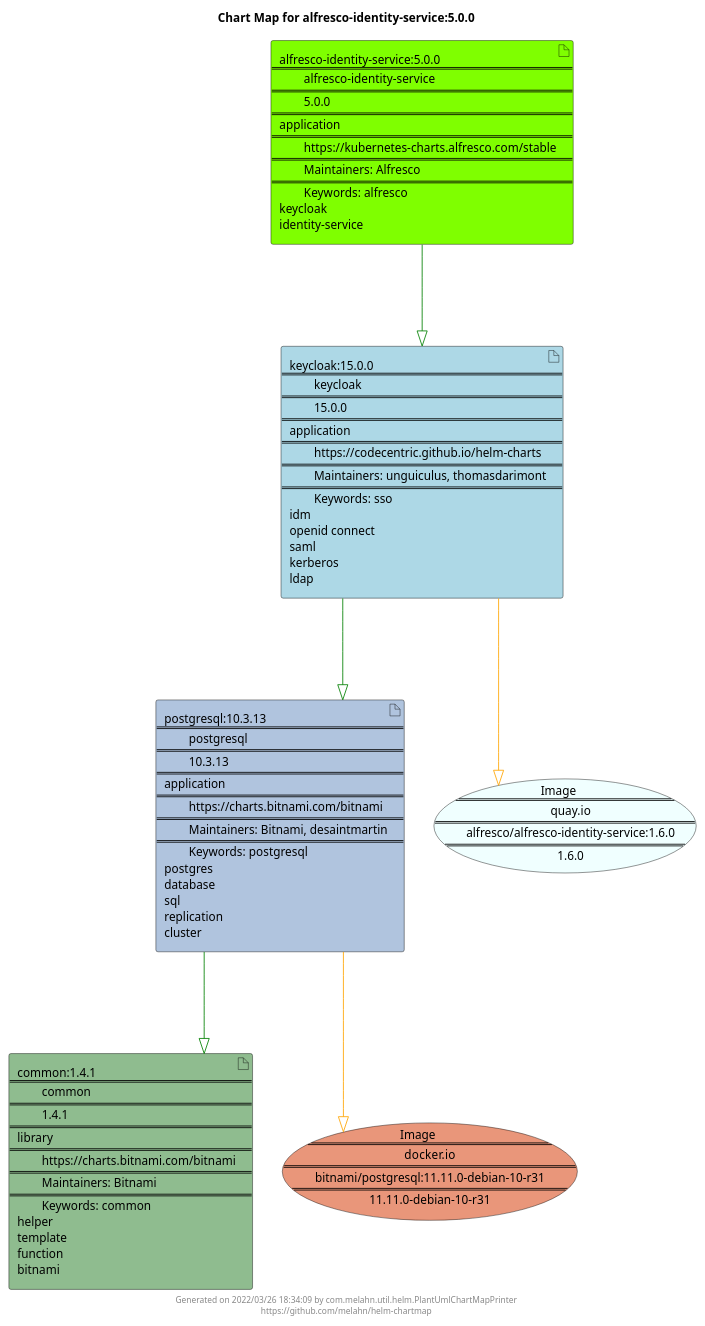
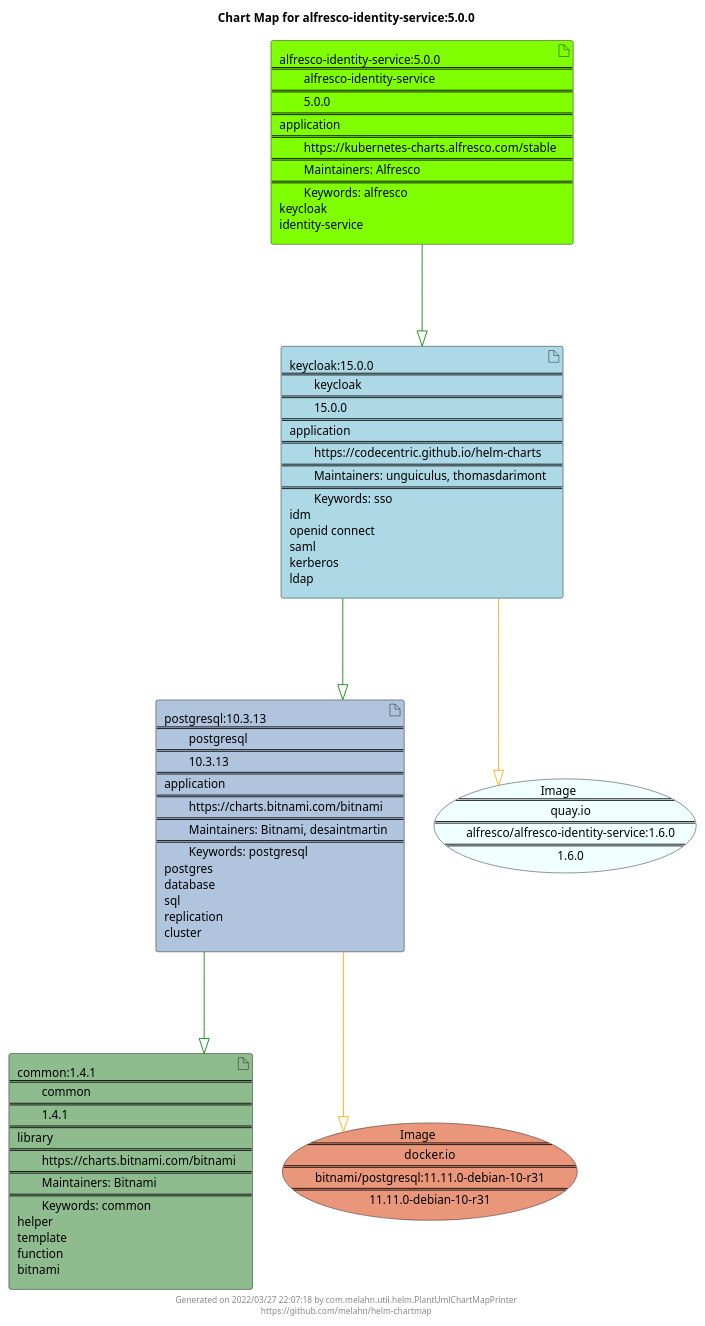
Before and after one commit to melahn/helm-chartmap: the diagram in docs/alfresco-identity-service/alfresco-identity-service-5.0.0.puml, drawn with PlantUML. The commit also changed 55 other files, not shown here.

Commit message:
Update Example Chart Maps as part of GitHub build

```diff
--- a/docs/alfresco-identity-service/alfresco-identity-service-5.0.0.puml
+++ b/docs/alfresco-identity-service/alfresco-identity-service-5.0.0.puml
@@ -1,29 +1,29 @@
 @startuml
 skinparam linetype ortho
 skinparam backgroundColor white
 skinparam usecaseBorderColor black
 skinparam usecaseArrowColor LightSlateGray
 skinparam artifactBorderColor black
 skinparam artifactArrowColor LightSlateGray
 
 title Chart Map for alfresco-identity-service:5.0.0
 
 'There are 4 referenced Helm Charts
 artifact "common:1.4.1\n====\n\tcommon\n====\n\t1.4.1\n====\nlibrary\n====\n\thttps://charts.bitnami.com/bitnami\n====\n\tMaintainers: Bitnami\n====\n\tKeywords: common\nhelper\ntemplate\nfunction\nbitnami" as common_1_4_1 #DarkSeaGreen
 artifact "alfresco-identity-service:5.0.0\n====\n\talfresco-identity-service\n====\n\t5.0.0\n====\napplication\n====\n\thttps://kubernetes-charts.alfresco.com/stable\n====\n\tMaintainers: Alfresco\n====\n\tKeywords: alfresco\nkeycloak\nidentity-service" as alfresco_identity_service_5_0_0 #Chartreuse
 artifact "postgresql:10.3.13\n====\n\tpostgresql\n====\n\t10.3.13\n====\napplication\n====\n\thttps://charts.bitnami.com/bitnami\n====\n\tMaintainers: Bitnami, desaintmartin\n====\n\tKeywords: postgresql\npostgres\ndatabase\nsql\nreplication\ncluster" as postgresql_10_3_13 #LightSteelBlue
 artifact "keycloak:15.0.0\n====\n\tkeycloak\n====\n\t15.0.0\n====\napplication\n====\n\thttps://codecentric.github.io/helm-charts\n====\n\tMaintainers: unguiculus, thomasdarimont\n====\n\tKeywords: sso\nidm\nopenid connect\nsaml\nkerberos\nldap" as keycloak_15_0_0 #LightBlue
 
 'There are 2 referenced Docker Images
 usecase "Image\n====\n\tquay.io\n====\n\talfresco/alfresco-identity-service:1.6.0\n====\n\t1.6.0" as quay_io_alfresco_alfresco_identity_service_1_6_0 #Azure
 usecase "Image\n====\n\tdocker.io\n====\n\tbitnami/postgresql:11.11.0-debian-10-r31\n====\n\t11.11.0-debian-10-r31" as docker_io_bitnami_postgresql_11_11_0_debian_10_r31 #DarkSalmon
 
 'Chart Dependencies
 alfresco_identity_service_5_0_0--[#green]-|>keycloak_15_0_0
 keycloak_15_0_0--[#green]-|>postgresql_10_3_13
 postgresql_10_3_13--[#green]-|>common_1_4_1
 postgresql_10_3_13--[#orange]-|>docker_io_bitnami_postgresql_11_11_0_debian_10_r31
 keycloak_15_0_0--[#orange]-|>quay_io_alfresco_alfresco_identity_service_1_6_0
 
-center footer Generated on 2022/03/26 18:34:09 by com.melahn.util.helm.PlantUmlChartMapPrinter\nhttps://github.com/melahn/helm-chartmap
+center footer Generated on 2022/03/27 22:07:18 by com.melahn.util.helm.PlantUmlChartMapPrinter\nhttps://github.com/melahn/helm-chartmap
 @enduml
```
